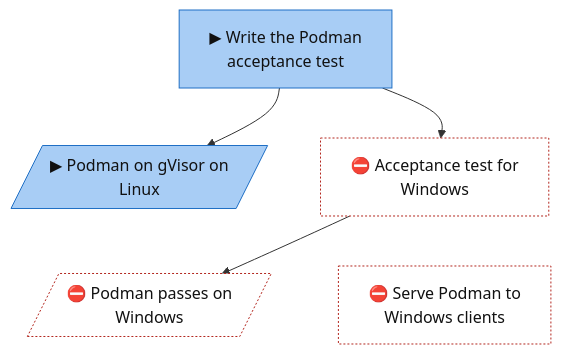
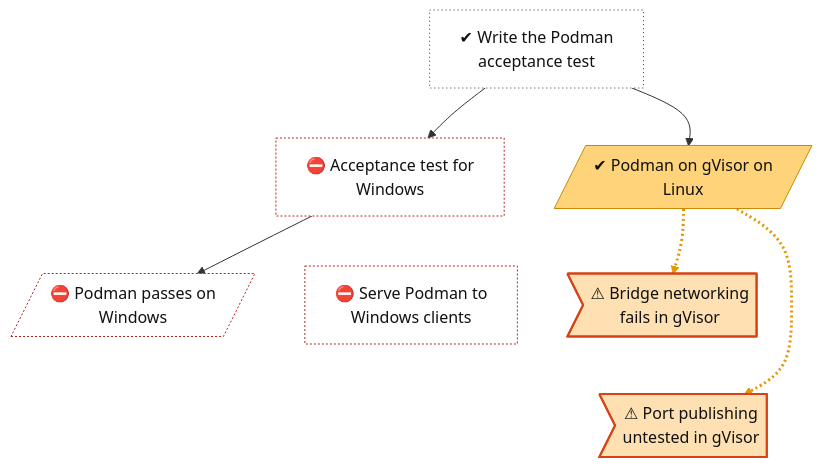
Before and after one commit to lhns/gvisor-windows: the diagram in docs/roadmap/tracks/workloads.md, drawn with Mermaid. The commit also changed other lines of this file and 6 other files, not shown here.

````diff
--- a/docs/roadmap/tracks/workloads.md
+++ b/docs/roadmap/tracks/workloads.md
@@ -10,31 +10,42 @@
 ```mermaid
 flowchart TB
-    workloads_acceptance_test["▶ Write the Podman<br/>acceptance test"]
-    workloads_podman_on_gvisor_linux[/"▶ Podman on gVisor on<br/>Linux"/]
+    workloads_acceptance_test["✔ Write the Podman<br/>acceptance test"]
+    workloads_podman_on_gvisor_linux[/"✔ Podman on gVisor on<br/>Linux"/]
     workloads_acceptance_test_windows["⛔ Acceptance test for<br/>Windows"]
     workloads_podman_on_windows[/"⛔ Podman passes on<br/>Windows"/]
     workloads_podman_harness["⛔ Serve Podman to<br/>Windows clients"]
+    workloads_gvisor_bridge_netlink>"⚠ Bridge networking<br/>fails in gVisor"]
+    workloads_gvisor_port_publishing>"⚠ Port publishing<br/>untested in gVisor"]
     workloads_acceptance_test ~~~ workloads_podman_on_gvisor_linux
     workloads_acceptance_test ~~~ workloads_acceptance_test_windows
     workloads_podman_on_gvisor_linux ~~~ workloads_podman_on_windows
     workloads_acceptance_test_windows ~~~ workloads_podman_harness
+    workloads_acceptance_test_windows ~~~ workloads_gvisor_bridge_netlink
+    workloads_podman_on_windows ~~~ workloads_gvisor_port_publishing
+    workloads_podman_harness ~~~ workloads_gvisor_port_publishing
+    workloads_gvisor_bridge_netlink ~~~ workloads_gvisor_port_publishing
     workloads_acceptance_test --> workloads_podman_on_gvisor_linux
+    workloads_podman_on_gvisor_linux -.-> workloads_gvisor_bridge_netlink
+    workloads_podman_on_gvisor_linux -.-> workloads_gvisor_port_publishing
     workloads_acceptance_test --> workloads_acceptance_test_windows
     workloads_acceptance_test_windows --> workloads_podman_on_windows
+    linkStyle 9,10 stroke:#e69500,stroke-width:3px,stroke-dasharray:2 3
     classDef vsucc fill:#2e9e4f,stroke:#1b6b34,color:#fff
     classDef succ fill:#bfe8c8,stroke:#2e9e4f,color:#111
     classDef mixed fill:#ffd37a,stroke:#c98a00,color:#111
     classDef bad fill:#f28b82,stroke:#b3261e,color:#111
     classDef dead fill:#e6e6e6,stroke:#777,stroke-dasharray:5 5,color:#555
     classDef inprog fill:#a8cdf5,stroke:#1f6fc5,color:#111
     classDef next fill:#fff,stroke:#333,color:#111
     classDef blocked fill:#fff,stroke:#b3261e,stroke-dasharray:2 2,color:#111
     classDef parked fill:#f3f3f3,stroke:#999,color:#555
     classDef unrated fill:#fff,stroke:#333,stroke-dasharray:1 3,color:#111
     classDef gate fill:#d9c2f0,stroke:#7b3fb5,color:#111
     classDef decided fill:#ece0f7,stroke:#7b3fb5,stroke-dasharray:2 2,color:#111
     classDef finding fill:#ffe0b2,stroke:#d84315,stroke-width:2px,color:#111
     classDef waiting fill:#e3f2fd,stroke:#1f6fc5,stroke-dasharray:5 5,color:#111
-    class workloads_acceptance_test,workloads_podman_on_gvisor_linux inprog
+    class workloads_acceptance_test unrated
+    class workloads_podman_on_gvisor_linux mixed
     class workloads_acceptance_test_windows,workloads_podman_on_windows,workloads_podman_harness blocked
+    class workloads_gvisor_bridge_netlink,workloads_gvisor_port_publishing finding
 ```
````
